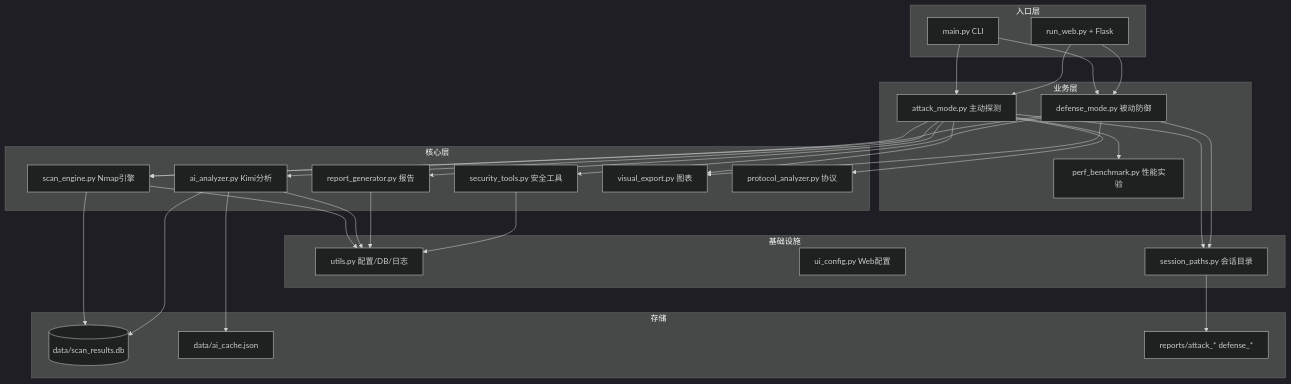
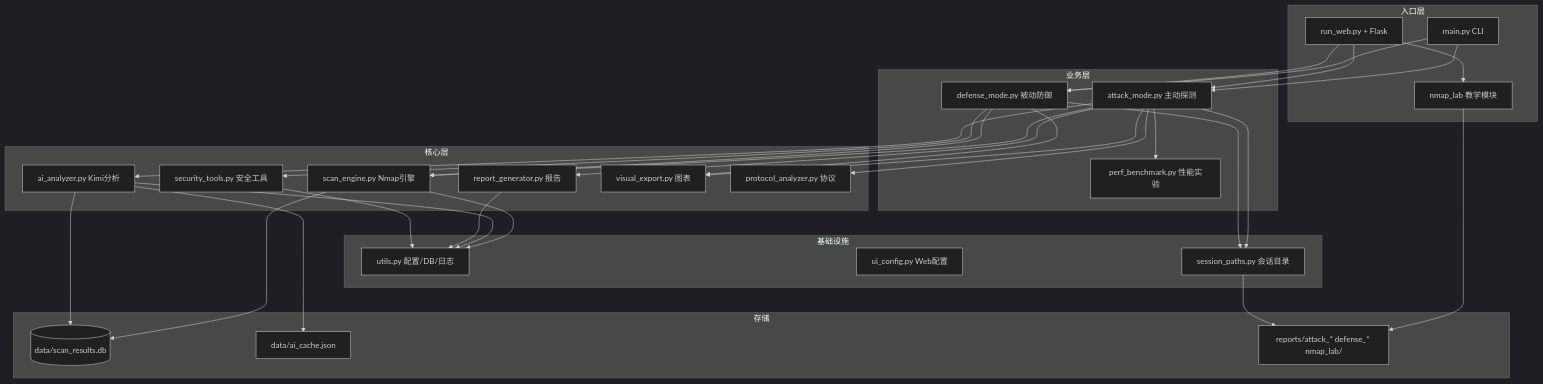
The first of 5 diagrams in InsightScan_项目说明.md (llg23456/insightscan), drawn with Mermaid (dark theme) before and after one commit. The commit also changed other lines of this file and 13 other files, not shown here.

````diff
--- a/InsightScan_项目说明.md
+++ b/InsightScan_项目说明.md
@@ -26,44 +26,46 @@
 ```mermaid
 flowchart TB
     subgraph 入口层
         CLI[main.py CLI]
         WEB[run_web.py + Flask]
+        LAB[nmap_lab 教学模块]
     end
 
     subgraph 业务层
         ATK[attack_mode.py 主动探测]
         DEF[defense_mode.py 被动防御]
         PERF[perf_benchmark.py 性能实验]
     end
 
     subgraph 核心层
         SCAN[scan_engine.py Nmap引擎]
         AI[ai_analyzer.py Kimi分析]
         RPT[report_generator.py 报告]
         SEC[security_tools.py 安全工具]
         VIS[visual_export.py 图表]
         PROTO[protocol_analyzer.py 协议]
     end
 
     subgraph 基础设施
         UTIL[utils.py 配置/DB/日志]
         UICFG[ui_config.py Web配置]
         SESS[session_paths.py 会话目录]
     end
 
     subgraph 存储
         DB[(data/scan_results.db)]
         CACHE[data/ai_cache.json]
-        REPORTS[reports/attack_* defense_*]
+        REPORTS[reports/attack_* defense_* nmap_lab/]
     end
 
     CLI --> ATK & DEF
-    WEB --> ATK & DEF
+    WEB --> ATK & DEF & LAB
+    LAB --> REPORTS
     ATK --> SCAN & AI & RPT & VIS & PROTO & PERF
     DEF --> SEC & SCAN & VIS
     SCAN & AI & RPT --> UTIL
     SEC --> UTIL
     ATK & DEF --> SESS --> REPORTS
     SCAN & AI --> DB
     AI --> CACHE
 ```
````
